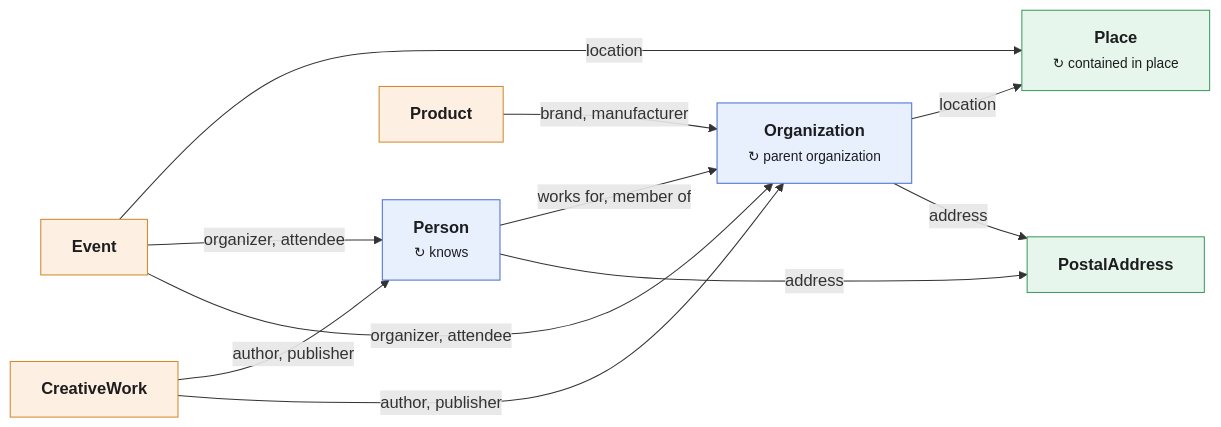
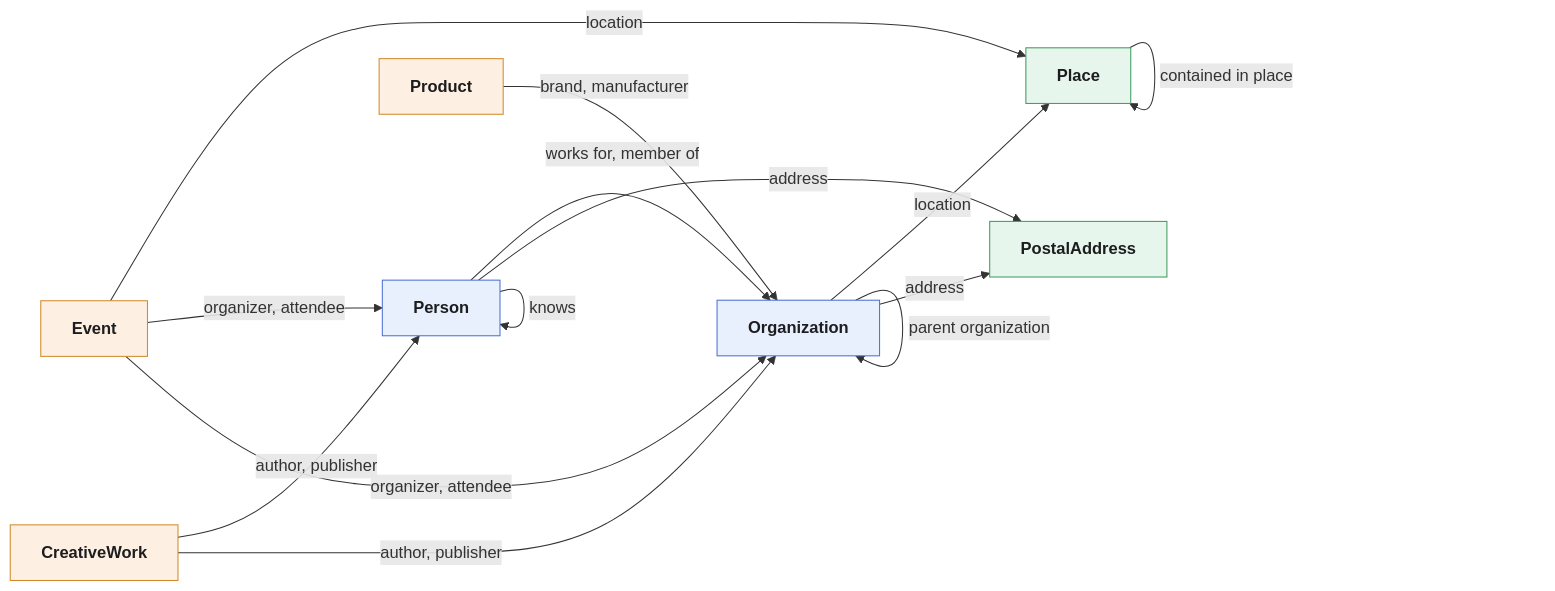
Before and after one commit to ModernRelay/ontologies: the diagram in schemaorg-core/ONTOLOGY.md, drawn with Mermaid. The commit also changed 6 other files, not shown here.

Commit message:
Draw self-relations as loops in the diagrams

````diff
--- a/schemaorg-core/ONTOLOGY.md
+++ b/schemaorg-core/ONTOLOGY.md
@@ -46,23 +46,26 @@
 ```mermaid
 flowchart LR
   classDef who fill:#e8f0fe,stroke:#4a6fd1,color:#1d1d1f
   classDef where fill:#e7f6ec,stroke:#3c9a5f,color:#1d1d1f
   classDef what fill:#fdf0e2,stroke:#d08a2b,color:#1d1d1f
-  Person["<b>Person</b><br/><small>↻ knows</small>"]:::who
-  Organization["<b>Organization</b><br/><small>↻ parent organization</small>"]:::who
-  Place["<b>Place</b><br/><small>↻ contained in place</small>"]:::where
+  Person["<b>Person</b>"]:::who
+  Organization["<b>Organization</b>"]:::who
+  Place["<b>Place</b>"]:::where
   PostalAddress["<b>PostalAddress</b>"]:::where
   Event["<b>Event</b>"]:::what
   CreativeWork["<b>CreativeWork</b>"]:::what
   Product["<b>Product</b>"]:::what
   Person -->|"works for, member of"| Organization
   Organization -->|"location"| Place
   Event -->|"location"| Place
   Event -->|"organizer, attendee"| Person
   Event -->|"organizer, attendee"| Organization
   CreativeWork -->|"author, publisher"| Person
   CreativeWork -->|"author, publisher"| Organization
   Product -->|"brand, manufacturer"| Organization
   Person -->|"address"| PostalAddress
   Organization -->|"address"| PostalAddress
+  Person -->|"knows"| Person
+  Organization -->|"parent organization"| Organization
+  Place -->|"contained in place"| Place
 ```
````
